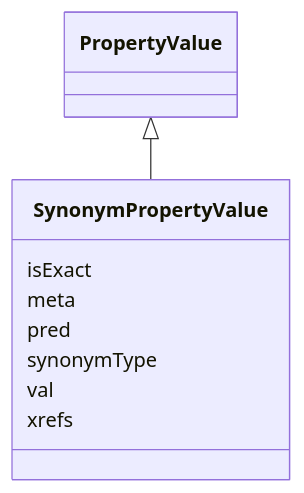
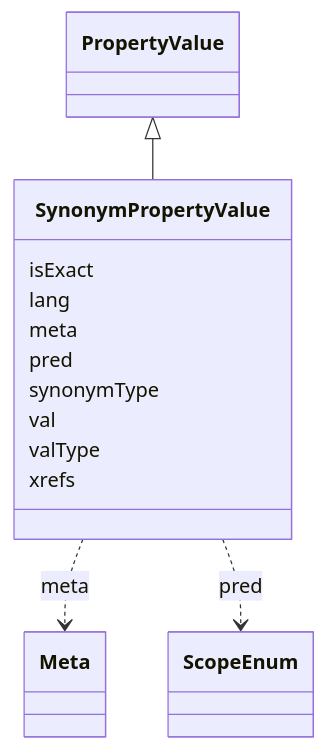
One commit to INCATools/ontology-access-kit changed the diagram in docs/datamodels/obograph/SynonymPropertyValue.md. Above: the diagram before and after it, drawn with Mermaid. The commit also changed other lines of this file and 521 other files, not shown here.

````diff
--- a/docs/datamodels/obograph/SynonymPropertyValue.md
+++ b/docs/datamodels/obograph/SynonymPropertyValue.md
@@ -8,13 +11,27 @@
 ```{mermaid}
  classDiagram
     class SynonymPropertyValue
       PropertyValue <|-- SynonymPropertyValue
       
       SynonymPropertyValue : isExact
+        
+      SynonymPropertyValue : lang
+        
       SynonymPropertyValue : meta
+        
+          SynonymPropertyValue ..> Meta : meta
+        
       SynonymPropertyValue : pred
+        
+          SynonymPropertyValue ..> ScopeEnum : pred
+        
       SynonymPropertyValue : synonymType
+        
       SynonymPropertyValue : val
+        
+      SynonymPropertyValue : valType
+        
       SynonymPropertyValue : xrefs
+        
       
 ```
````
